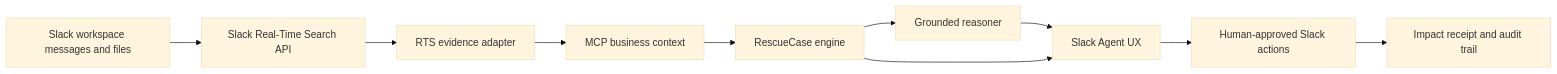
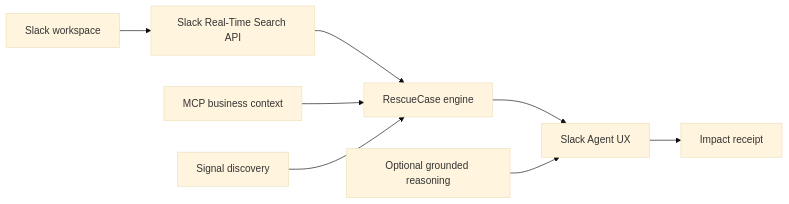
Before and after one commit to arpitraval/rescueops-revenue-rescue-agent: the first of 2 diagrams in ARCHITECTURE.md, drawn with Mermaid (base theme). The commit also changed other lines of this file and 1 other file, not shown here.

Commit message:
Polish architecture diagram for Devpost

````diff
--- a/ARCHITECTURE.md
+++ b/ARCHITECTURE.md
@@ -5,12 +5,10 @@
 ```mermaid
 flowchart LR
-    A["Slack workspace messages and files"] --> B["Slack Real-Time Search API"]
-    B --> C["RTS evidence adapter"]
-    C --> D["MCP business context"]
-    D --> E["RescueCase engine"]
-    E --> F["Grounded reasoner"]
-    F --> G["Slack Agent UX"]
-    E --> G
-    G --> H["Human-approved Slack actions"]
-    H --> I["Impact receipt and audit trail"]
+    A["Slack workspace"] --> B["Slack Real-Time Search API"]
+    B --> C["RescueCase engine"]
+    C --> D["Slack Agent UX"]
+    D --> E["Impact receipt"]
+    F["MCP business context"] --> C
+    G["Signal discovery"] --> C
+    H["Optional grounded reasoning"] --> D
 ```
````
